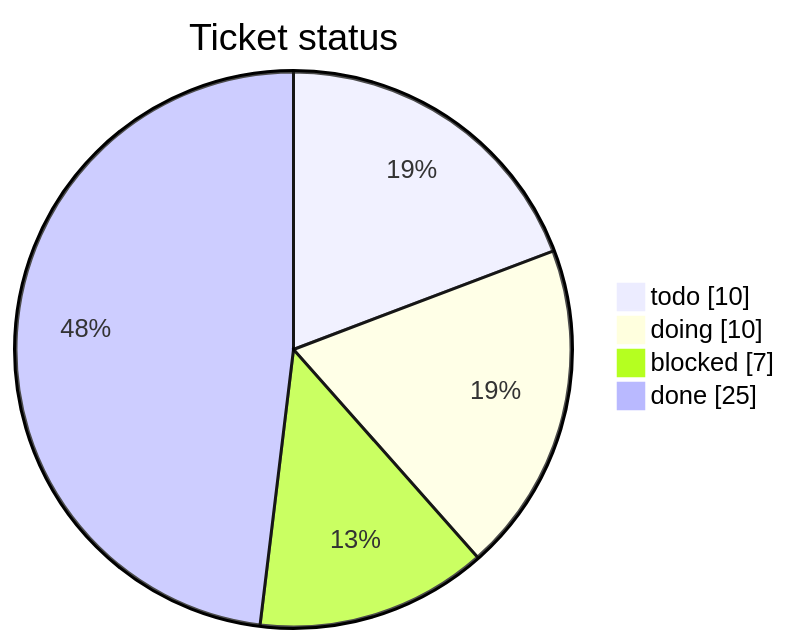
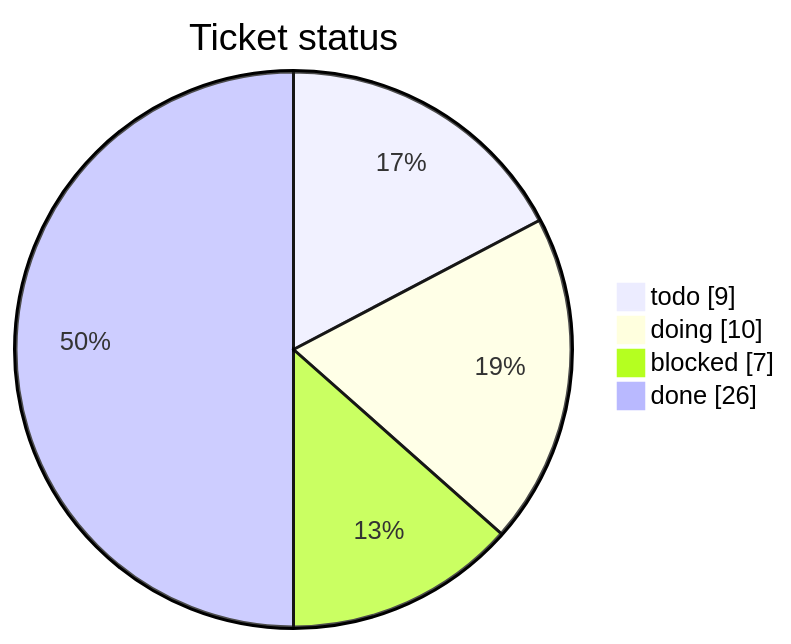
Before and after one commit to mohamed-soubhi/bootlab-esp: the first of 3 diagrams in tickets/TICKETS.md, drawn with Mermaid. The commit also changed other lines of this file and 12 other files, not shown here.

````diff
--- a/tickets/TICKETS.md
+++ b/tickets/TICKETS.md
@@ -14,7 +14,7 @@
 ```mermaid
 pie showData title Ticket status
-    "todo" : 10
+    "todo" : 9
     "doing" : 10
     "blocked" : 7
-    "done" : 25
+    "done" : 26
 ```
````
